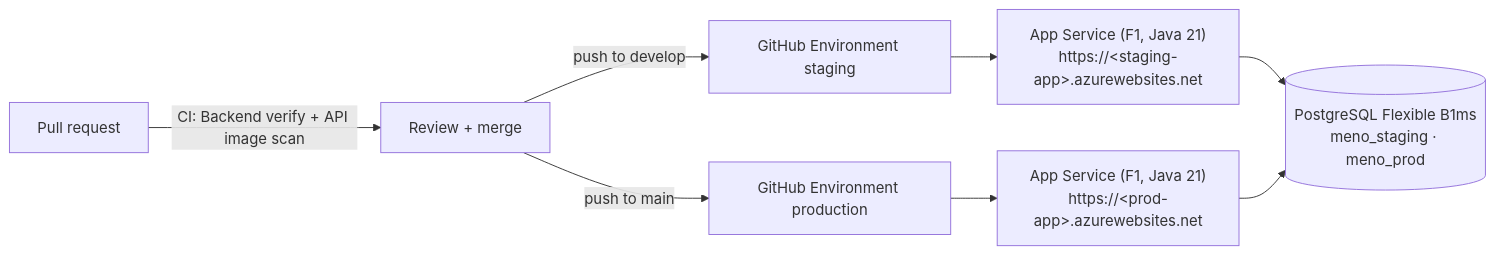
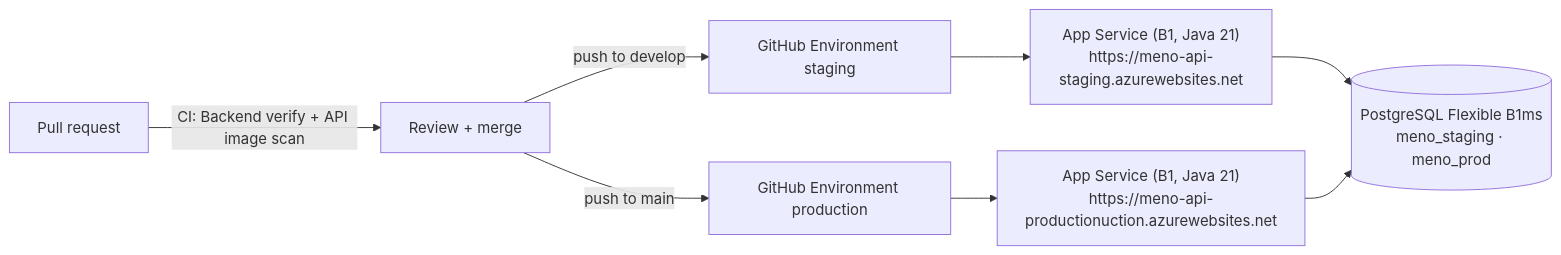
The diagram in docs/deployment/AZURE_APP_SERVICE.md (Setups-Works/medical-erp), drawn with Mermaid before and after one commit. The commit also changed other lines of this file and 10 other files, not shown here.

First line of the commit message:
chore(infra): move meno-api to the existing B1 plan (F1 CPU quota ran out)

````diff
--- a/docs/deployment/AZURE_APP_SERVICE.md
+++ b/docs/deployment/AZURE_APP_SERVICE.md
@@ -5,8 +5,8 @@
 ```mermaid
 flowchart LR
     pr[Pull request] -->|CI: Backend verify + API image scan| review[Review + merge]
-    review -->|push to develop| stg[GitHub Environment staging] --> appS["App Service (F1, Java 21)<br/>https://&lt;staging-app&gt;.azurewebsites.net"]
-    review -->|push to main| prod[GitHub Environment production] --> appP["App Service (F1, Java 21)<br/>https://&lt;prod-app&gt;.azurewebsites.net"]
+    review -->|push to develop| stg[GitHub Environment staging] --> appS["App Service (B1, Java 21)<br/>https://meno-api-staging.azurewebsites.net"]
+    review -->|push to main| prod[GitHub Environment production] --> appP["App Service (B1, Java 21)<br/>https://meno-api-productionuction.azurewebsites.net"]
     appS --> pg[("PostgreSQL Flexible B1ms<br/>meno_staging · meno_prod")]
     appP --> pg
 ```
````
